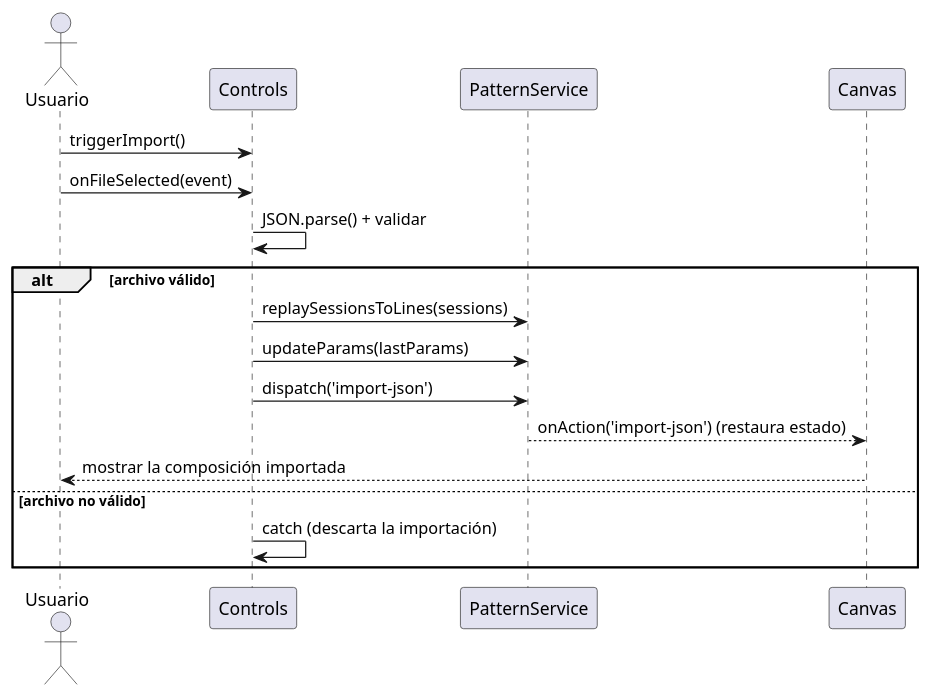
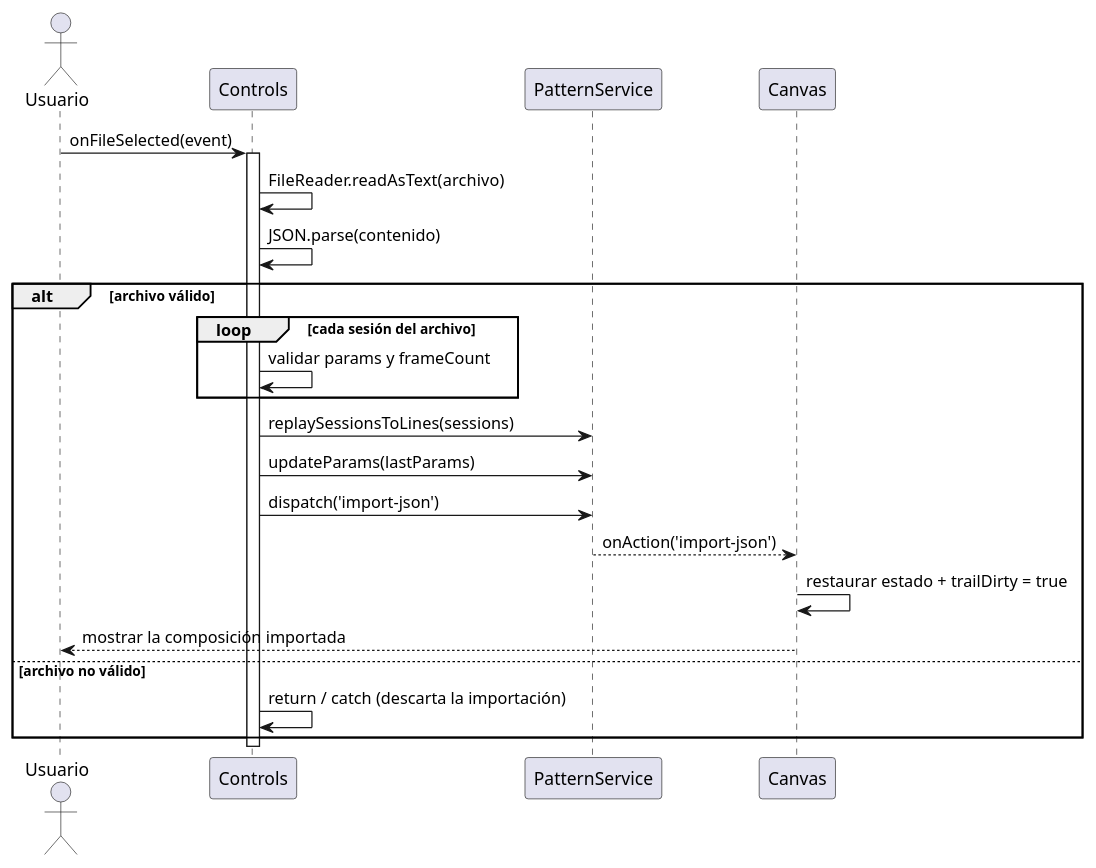
One commit to IgnacioMol/Epicycloid_generator changed the fourth of 4 diagrams in claude/memoria-cap5-diseno.md. Above: the diagram before and after it, drawn with PlantUML. The commit also changed other lines of this file and 4 other files, not shown here.

````diff
--- a/claude/memoria-cap5-diseno.md
+++ b/claude/memoria-cap5-diseno.md
@@ -199,22 +224,28 @@
 ```plantuml
-@startuml SecImportarPatronDiseno
+@startuml SecFuncOnFileSelected
 actor Usuario
 participant "Controls" as C
 participant "PatternService" as PS
 participant "Canvas" as CV
 
-Usuario -> C : triggerImport()
 Usuario -> C : onFileSelected(event)
-C -> C : JSON.parse() + validar
+activate C
+C -> C : FileReader.readAsText(archivo)
+C -> C : JSON.parse(contenido)
 
 alt archivo válido
+  loop cada sesión del archivo
+    C -> C : validar params y frameCount
+  end
   C -> PS : replaySessionsToLines(sessions)
   C -> PS : updateParams(lastParams)
   C -> PS : dispatch('import-json')
-  PS --> CV : onAction('import-json') (restaura estado)
+  PS --> CV : onAction('import-json')
+  CV -> CV : restaurar estado + trailDirty = true
   CV --> Usuario : mostrar la composición importada
 else archivo no válido
-  C -> C : catch (descarta la importación)
+  C -> C : return / catch (descarta la importación)
 end
+deactivate C
 @enduml
 ```
````
